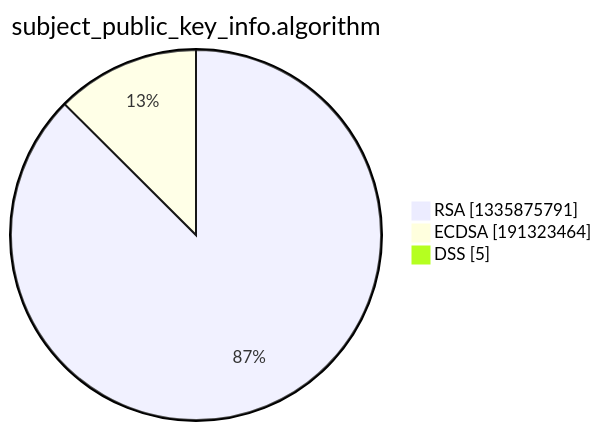
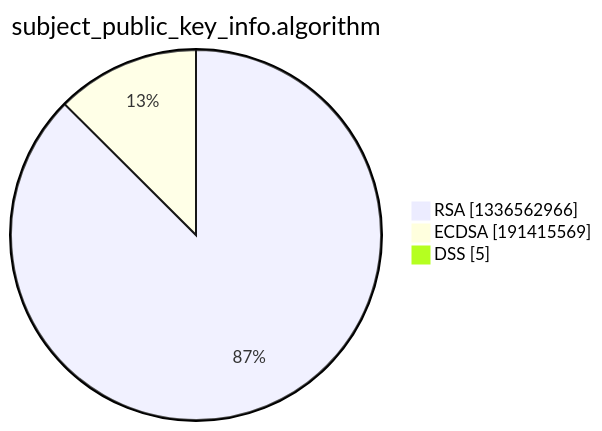
Before and after one commit to christiankrug/ctmonitor_visualization: the third of 15 diagrams in xenon2022/README.md, drawn with Mermaid. The commit also changed other lines of this file, not shown here.

````diff
--- a/xenon2022/README.md
+++ b/xenon2022/README.md
@@ -14,7 +14,7 @@
 ```mermaid
 pie showData
 title subject_public_key_info.algorithm
-"RSA" :1335875791
-"ECDSA" :191323464
+"RSA" :1336562966
+"ECDSA" :191415569
 "DSS" :5
 ```
````
